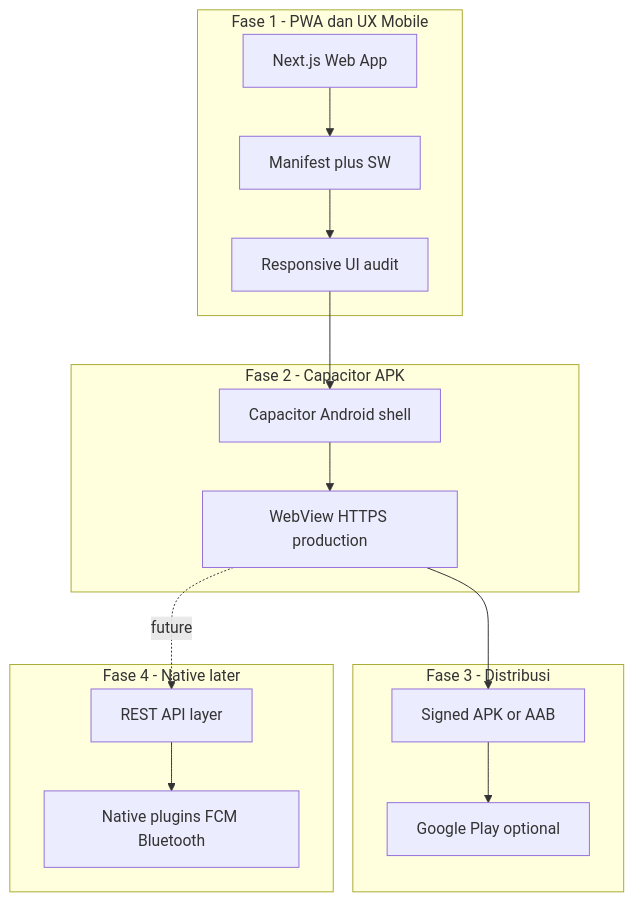
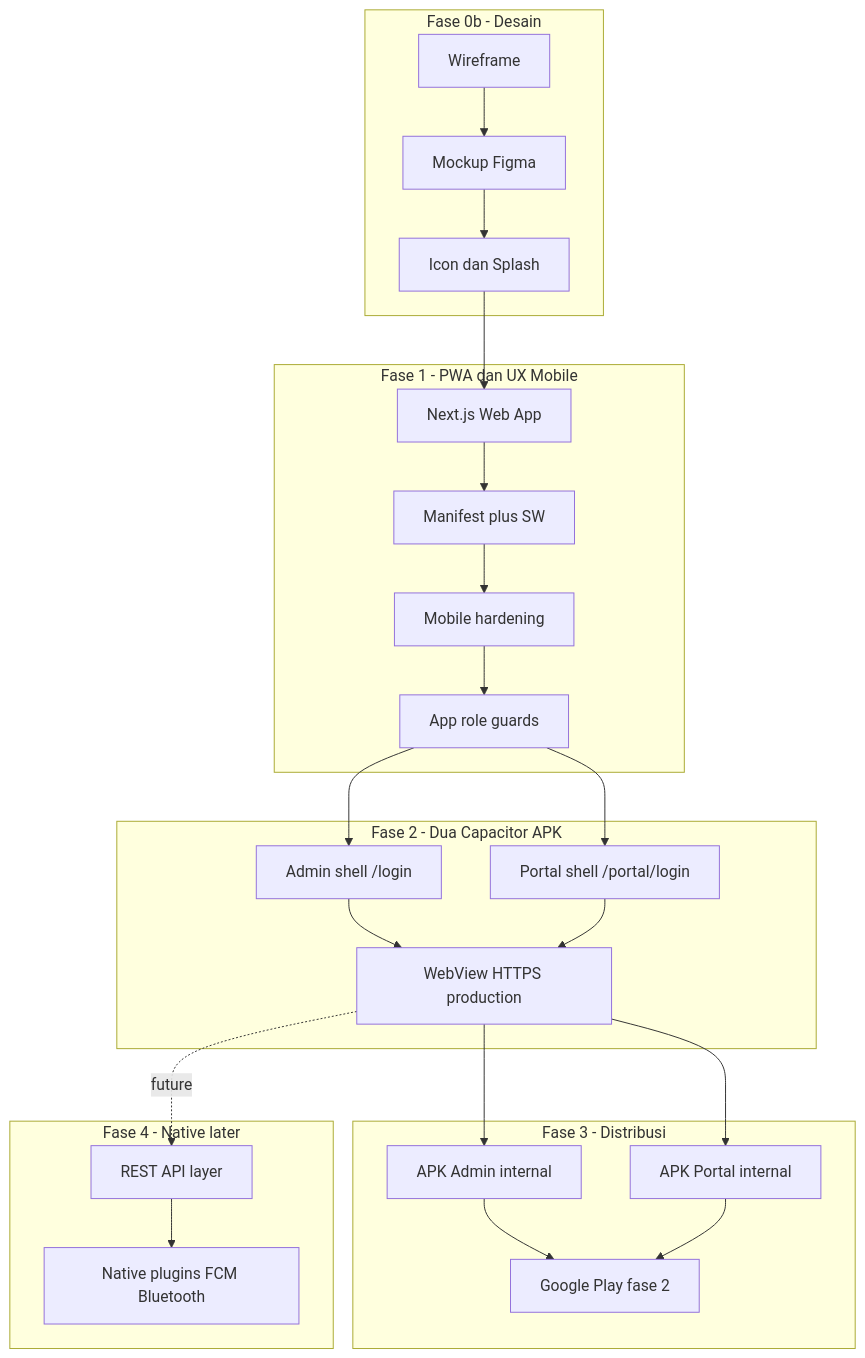
Before and after one commit to klicknet55-prog/billingIsp: the diagram in docs/android-app-plan.md, drawn with Mermaid. The commit also changed other lines of this file and 159 other files, not shown here.

Commit message:
Add mobile UX hardening and Android v1 foundation for production deploy.

````diff
--- a/docs/android-app-plan.md
+++ b/docs/android-app-plan.md
@@ -43,23 +78,35 @@
 ```mermaid
 flowchart TB
+  subgraph phase0b [Fase 0b - Desain]
+    Wire[Wireframe]
+    Mock[Mockup Figma]
+    Assets[Icon dan Splash]
+  end
   subgraph phase1 [Fase 1 - PWA dan UX Mobile]
     Web[Next.js Web App]
     PWA[Manifest plus SW]
-    Responsive[Responsive UI audit]
+    Responsive[Mobile hardening]
+    Guards[App role guards]
   end
-  subgraph phase2 [Fase 2 - Capacitor APK]
-    Cap[Capacitor Android shell]
+  subgraph phase2 [Fase 2 - Dua Capacitor APK]
+    AdminCap[Admin shell /login]
+    PortalCap[Portal shell /portal/login]
     WV[WebView HTTPS production]
   end
   subgraph phase3 [Fase 3 - Distribusi]
-    APK[Signed APK or AAB]
-    Store[Google Play optional]
+    APKAdmin[APK Admin internal]
+    APKPortal[APK Portal internal]
+    Store[Google Play fase 2]
   end
   subgraph phase4 [Fase 4 - Native later]
     API[REST API layer]
     RN[Native plugins FCM Bluetooth]
   end
-  Web --> PWA --> Responsive
-  Responsive --> Cap --> WV --> APK --> Store
+  Wire --> Mock --> Assets
+  Assets --> Web --> PWA --> Responsive --> Guards
+  Guards --> AdminCap --> WV
+  Guards --> PortalCap --> WV
+  WV --> APKAdmin --> Store
+  WV --> APKPortal --> Store
   WV -.->|future| API --> RN
 ```
````
